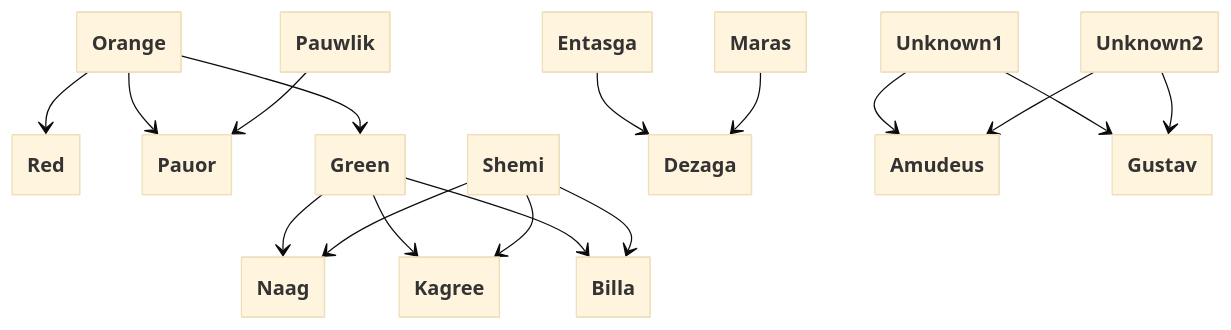
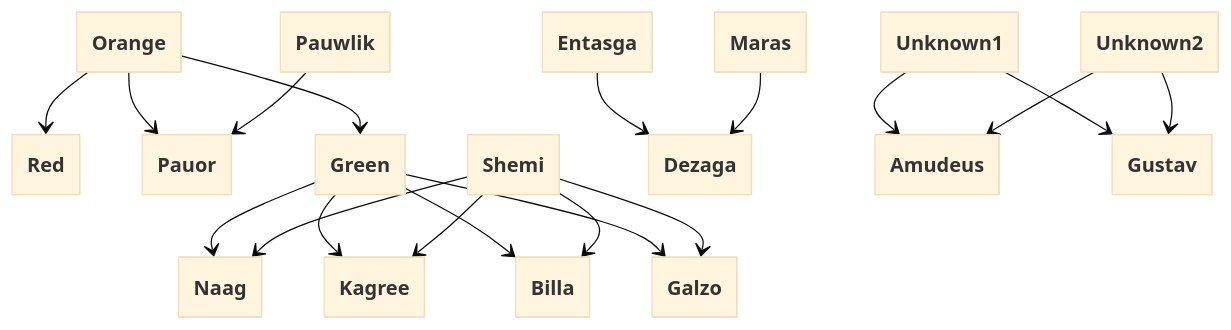
Before and after one commit to WuphonsReach/rimworld-notes: the diagram in plays/SparrowTribe2025/FamilyTrees.md, drawn with Mermaid (base theme). The commit also changed 1 other file, not shown here.

Commit message:
colony updates

````diff
--- a/plays/SparrowTribe2025/FamilyTrees.md
+++ b/plays/SparrowTribe2025/FamilyTrees.md
@@ -5,24 +5,26 @@
 ```mermaid
 ---
   config:
     class:
       hideEmptyMembersBox: true
 ---
 classDiagram
   Orange --> Red
   Orange --> Pauor
   Pauwlik --> Pauor
   Orange --> Green
   Green --> Naag
   Green --> Kagree
   Green --> Billa
+  Green --> Galzo
   Shemi --> Naag
   Shemi --> Kagree
   Shemi --> Billa
+  Shemi --> Galzo
   Entasga --> Dezaga
   Maras --> Dezaga
   Unknown1 --> Amudeus
   Unknown2 --> Amudeus
   Unknown1 --> Gustav
   Unknown2 --> Gustav
 ```
````
